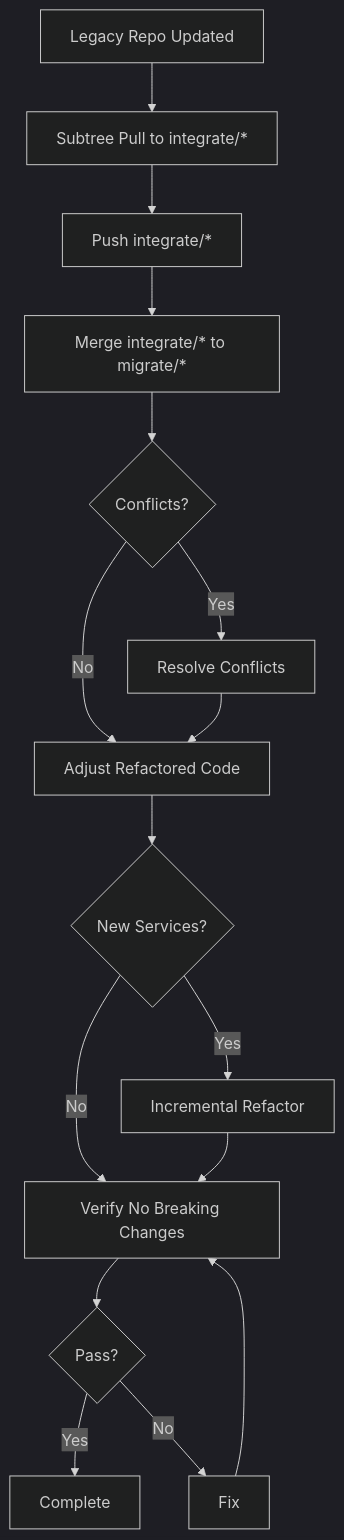
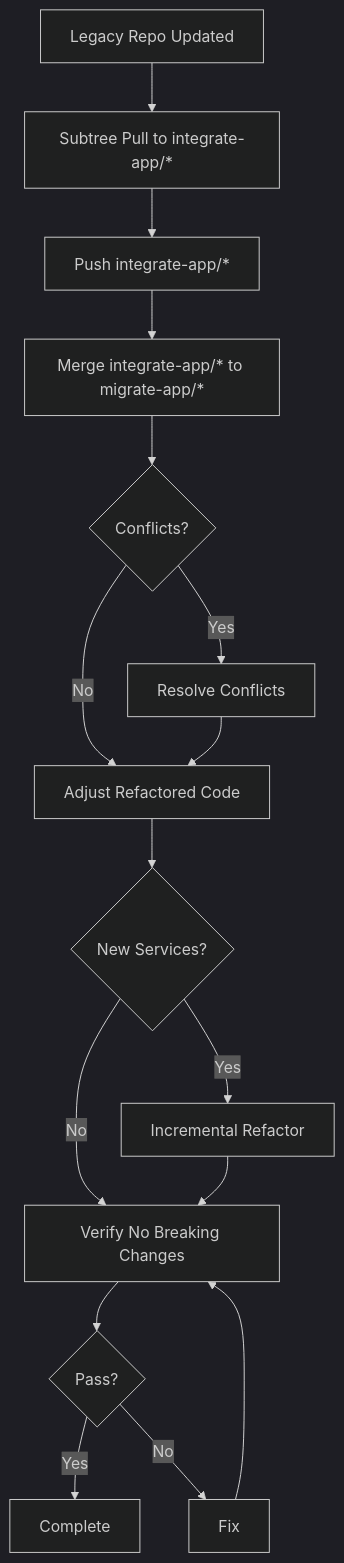
One commit to mahardikakdenie/.agent-skills changed the diagram in apps/admin-portal/docs/migration/service/legacy-update-routines.md. Above: the diagram before and after it, drawn with Mermaid (dark theme). The commit also changed other lines of this file and 3 other files, not shown here.

First line of the commit message:
docs(admin-portal): align migration docs with integrate-app/migrate-app branches

````diff
--- a/apps/admin-portal/docs/migration/service/legacy-update-routines.md
+++ b/apps/admin-portal/docs/migration/service/legacy-update-routines.md
@@ -56,18 +56,18 @@
 ```mermaid
 flowchart TD
-    A[Legacy Repo Updated] --> B[Subtree Pull to integrate/*]
-    B --> C[Push integrate/*]
-    C --> D[Merge integrate/* to migrate/*]
+    A[Legacy Repo Updated] --> B[Subtree Pull to integrate-app/*]
+    B --> C[Push integrate-app/*]
+    C --> D[Merge integrate-app/* to migrate-app/*]
     D --> E{Conflicts?}
     E -->|No| F[Adjust Refactored Code]
     E -->|Yes| G[Resolve Conflicts]
     G --> F
     F --> H{New Services?}
     H -->|Yes| I[Incremental Refactor]
     H -->|No| J[Verify No Breaking Changes]
     I --> J
     J --> K{Pass?}
     K -->|Yes| L[Complete]
     K -->|No| M[Fix]
     M --> J
 ```
````
